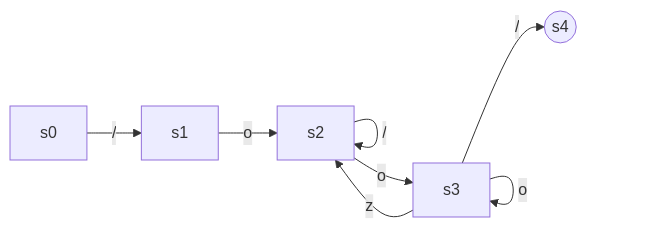
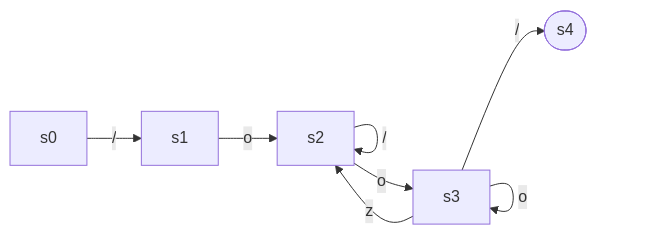
The fifth of 5 diagrams in _posts/2020-04-28-编译原理（二）.md (wu-kan/wu-kan.github.io), drawn with Mermaid before and after one commit. The commit also changed other lines of this file and 21 other files, not shown here.

````diff
--- a/_posts/2020-04-28-编译原理（二）.md
+++ b/_posts/2020-04-28-编译原理（二）.md
@@ -93,12 +93,12 @@
 ```mermaid
-graph LR
+flowchart LR
 s0--/-->s1
 s1--"o"-->s2
 s2--z-->s2
 s2--/-->s2
 s2--"o"-->s3
 s3--z-->s2
 s3--"o"-->s3
 s3--/-->s4
-s4((s4))
+s4([s4])
 ```
````
